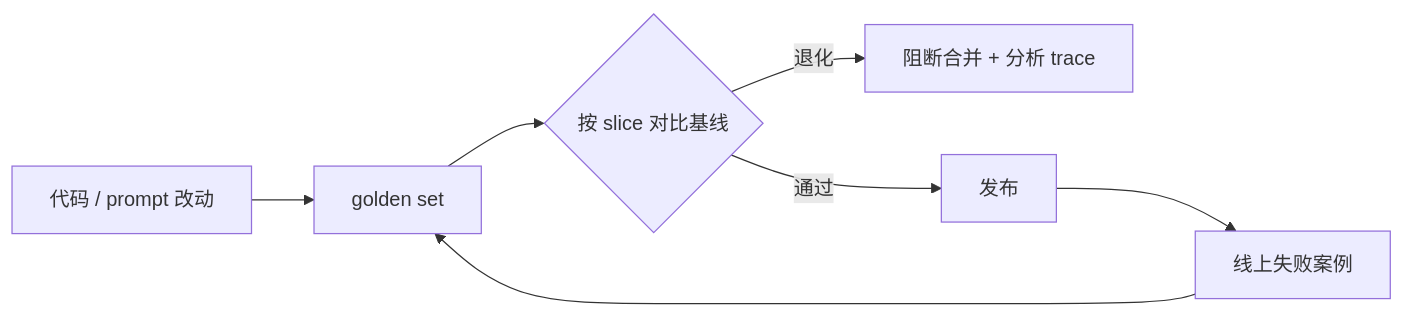
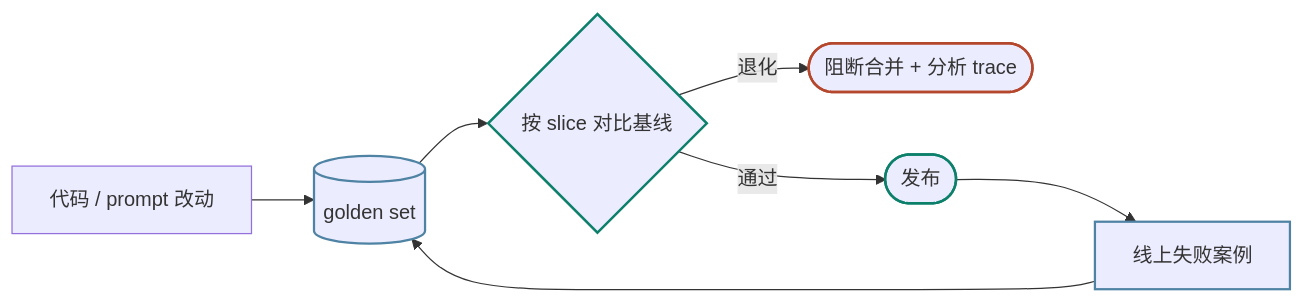
Before and after one commit to lance2016/ai-app-engineering: the second of 2 diagrams in lessons/evaluation/README.md, drawn with Mermaid. The commit also changed other lines of this file and 21 other files, not shown here.

````diff
--- a/lessons/evaluation/README.md
+++ b/lessons/evaluation/README.md
@@ -49,9 +55,15 @@
 ```mermaid
 flowchart LR
-    R[代码 / prompt 改动] --> E[golden set]
+    classDef runtime stroke:#0d806b,stroke-width:2px
+    classDef data stroke:#4e83a3,stroke-width:1.8px
+    classDef risk stroke:#b5472d,stroke-width:2px
+    R[代码 / prompt 改动] --> E[(golden set)]
     E --> D{按 slice 对比基线}
-    D -- 退化 --> X[阻断合并 + 分析 trace]
-    D -- 通过 --> S[发布]
+    D -- 退化 --> X([阻断合并 + 分析 trace])
+    D -- 通过 --> S([发布])
     S --> P[线上失败案例]
     P --> E
+    class E,P data
+    class D,S runtime
+    class X risk
 ```
````
